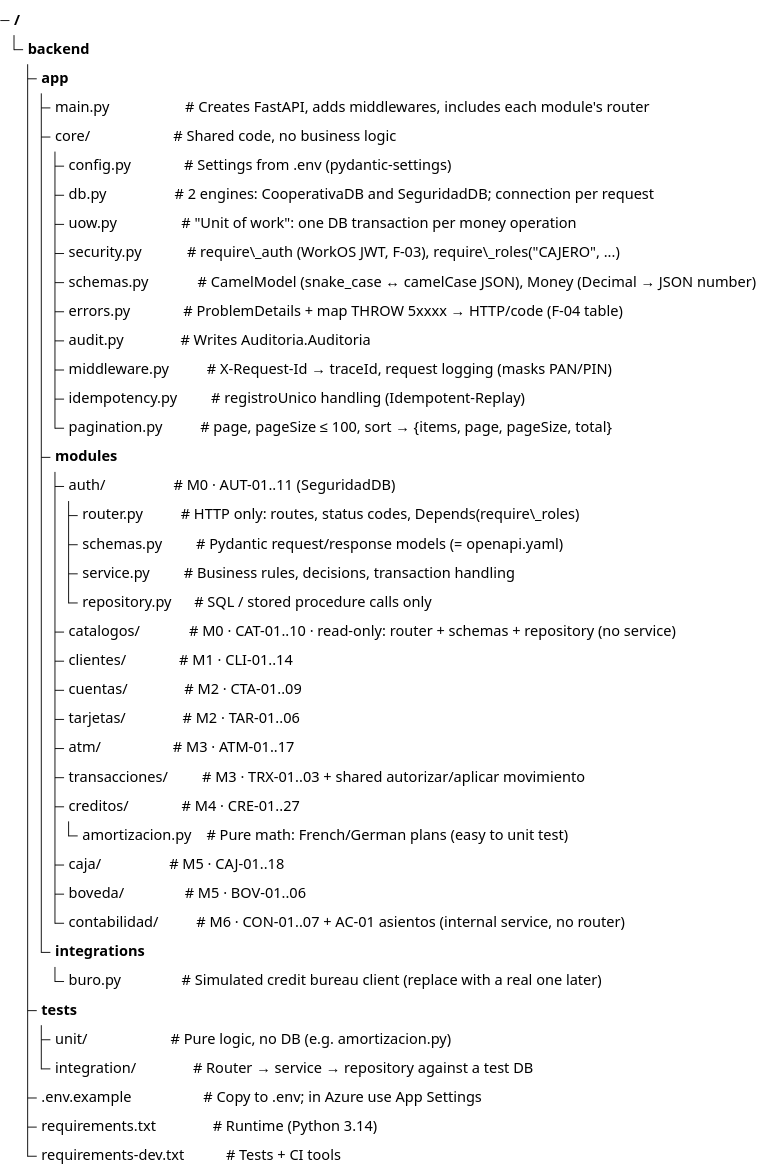
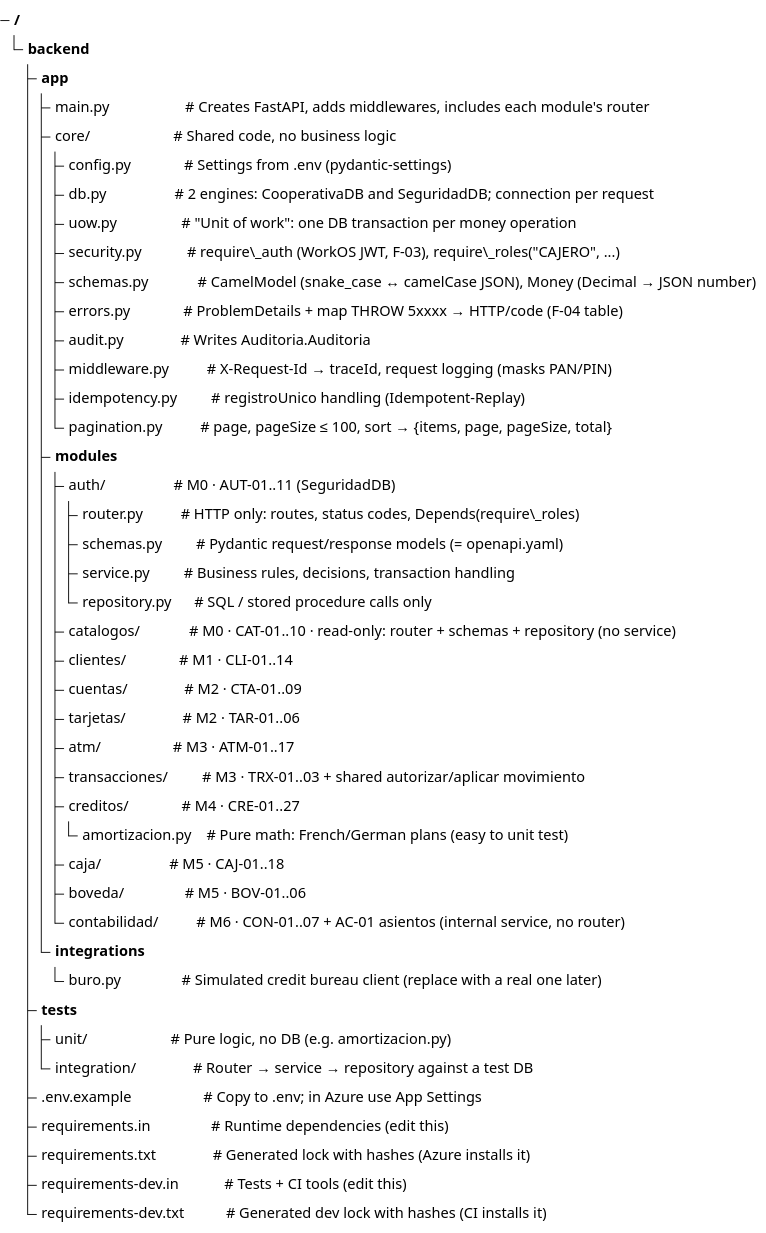
One commit to hugo-chicaiza/Banking-Platform changed the diagram in Backend/TreeFolderStructure.md. Above: the diagram before and after it, drawn with Mermaid. The commit also changed 7 other files, not shown here.

````diff
--- a/Backend/TreeFolderStructure.md
+++ b/Backend/TreeFolderStructure.md
@@ -1,46 +1,48 @@
 ```mermaid
 treeView-beta
 backend/
 ├── app/
 │   ├── main.py                    # Creates FastAPI, adds middlewares, includes each module's router
 │   ├── core/                      # Shared code, no business logic
 │   │   ├── config.py              # Settings from .env (pydantic-settings)
 │   │   ├── db.py                  # 2 engines: CooperativaDB and SeguridadDB; connection per request
 │   │   ├── uow.py                 # "Unit of work": one DB transaction per money operation
 │   │   ├── security.py            # require\_auth (WorkOS JWT, F-03), require\_roles("CAJERO", ...)
 │   │   ├── schemas.py             # CamelModel (snake_case ↔ camelCase JSON), Money (Decimal → JSON number)
 │   │   ├── errors.py              # ProblemDetails + map THROW 5xxxx → HTTP/code (F-04 table)
 │   │   ├── audit.py               # Writes Auditoria.Auditoria
 │   │   ├── middleware.py          # X-Request-Id → traceId, request logging (masks PAN/PIN)
 │   │   ├── idempotency.py         # registroUnico handling (Idempotent-Replay)
 │   │   └── pagination.py          # page, pageSize ≤ 100, sort → {items, page, pageSize, total}
 │   │
 │   ├── modules/
 │   │   ├── auth/                  # M0 · AUT-01..11 (SeguridadDB)
 │   │   │   ├── router.py          # HTTP only: routes, status codes, Depends(require\_roles)
 │   │   │   ├── schemas.py         # Pydantic request/response models (= openapi.yaml)
 │   │   │   ├── service.py         # Business rules, decisions, transaction handling
 │   │   │   └── repository.py      # SQL / stored procedure calls only
 │   │   ├── catalogos/             # M0 · CAT-01..10 · read-only: router + schemas + repository (no service)
 │   │   ├── clientes/              # M1 · CLI-01..14
 │   │   ├── cuentas/               # M2 · CTA-01..09
 │   │   ├── tarjetas/               # M2 · TAR-01..06
 │   │   ├── atm/                   # M3 · ATM-01..17
 │   │   ├── transacciones/         # M3 · TRX-01..03 + shared autorizar/aplicar movimiento
 │   │   ├── creditos/              # M4 · CRE-01..27
 │   │   │   └── amortizacion.py    # Pure math: French/German plans (easy to unit test)
 │   │   ├── caja/                  # M5 · CAJ-01..18
 │   │   ├── boveda/                # M5 · BOV-01..06
 │   │   └── contabilidad/          # M6 · CON-01..07 + AC-01 asientos (internal service, no router)
 │   │
 │   └── integrations/
 │       └── buro.py                # Simulated credit bureau client (replace with a real one later)
 │
 ├── tests/
 │   ├── unit/                      # Pure logic, no DB (e.g. amortizacion.py)
 │   └── integration/               # Router → service → repository against a test DB
 │
 ├── .env.example                   # Copy to .env; in Azure use App Settings
-├── requirements.txt               # Runtime (Python 3.14)
-└── requirements-dev.txt           # Tests + CI tools
+├── requirements.in                # Runtime dependencies (edit this)
+├── requirements.txt               # Generated lock with hashes (Azure installs it)
+├── requirements-dev.in            # Tests + CI tools (edit this)
+└── requirements-dev.txt           # Generated dev lock with hashes (CI installs it)
 ```
````
